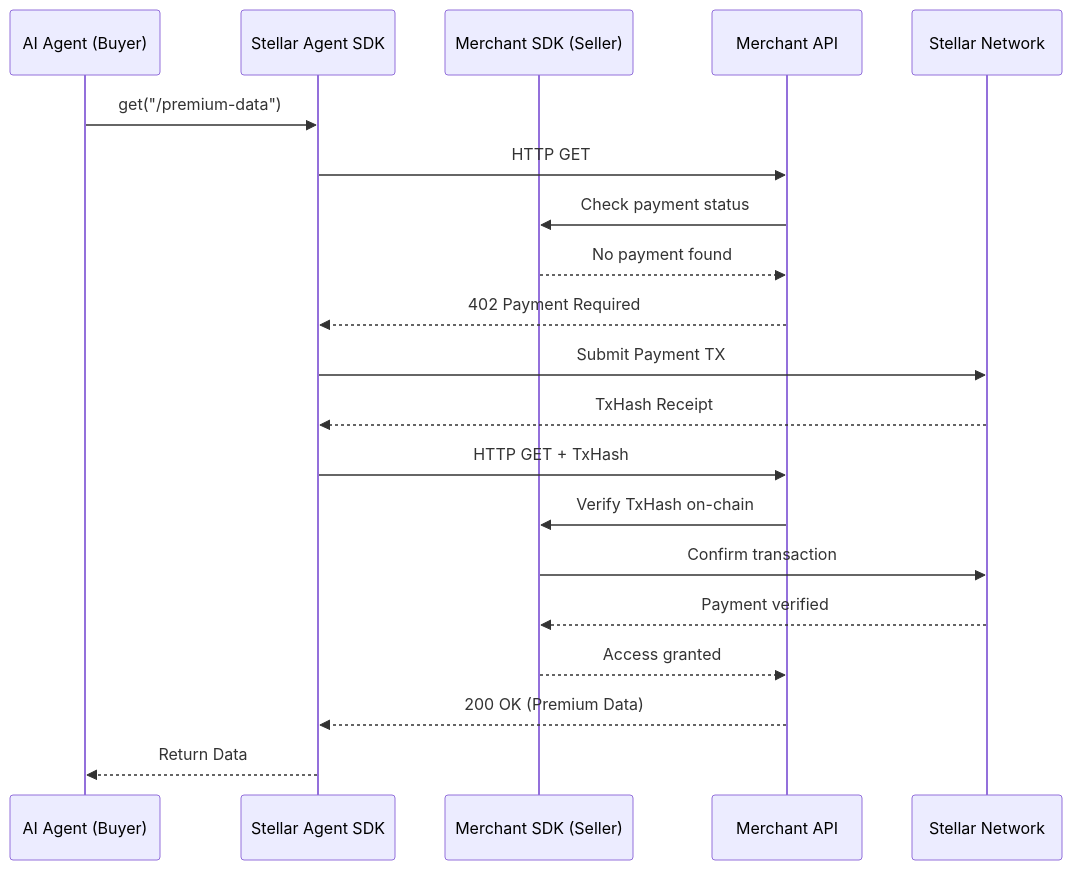
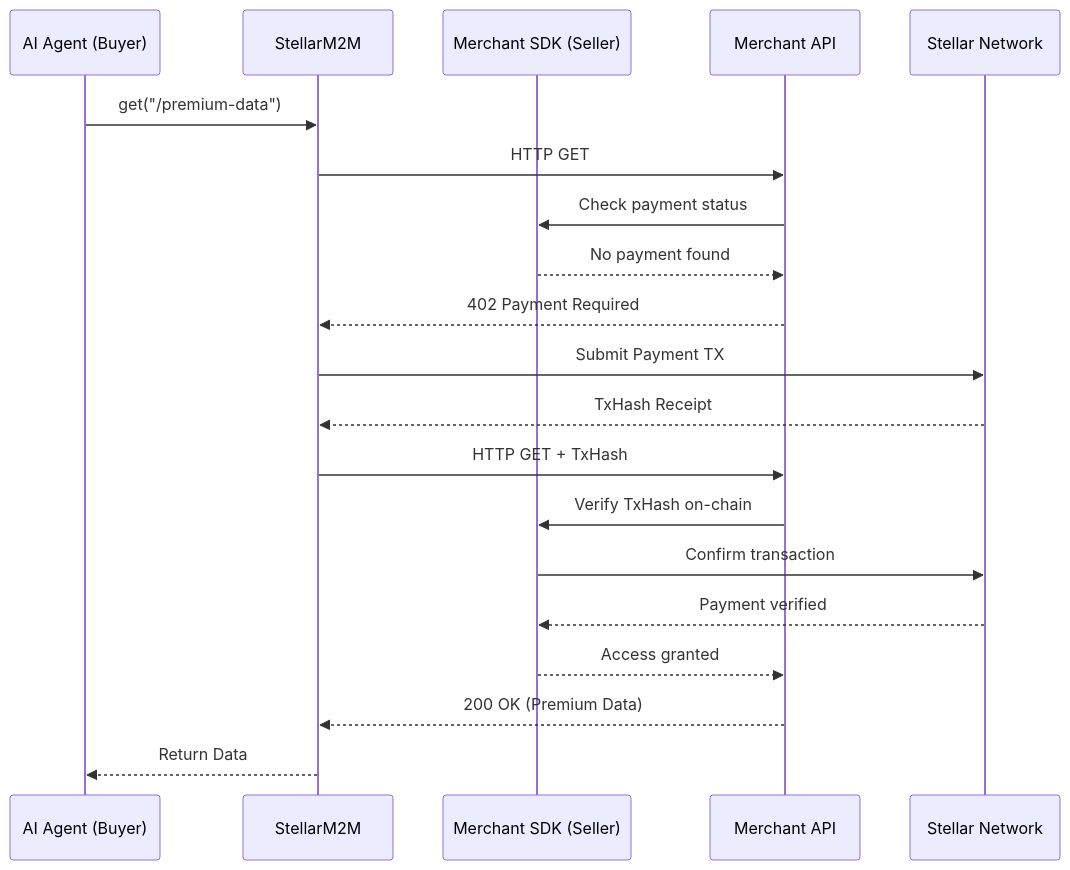
One commit to StellarAgentic/StellarM2M changed the third of 3 diagrams in README.md. Above: the diagram before and after it, drawn with Mermaid. The commit also changed other lines of this file and 50 other files, not shown here.

````diff
--- a/README.md
+++ b/README.md
@@ -169,25 +169,25 @@
 ```mermaid
 sequenceDiagram
     participant A as AI Agent (Buyer)
-    participant SDK as Stellar Agent SDK
+    participant SDK as StellarM2M
     participant MS as Merchant SDK (Seller)
     participant API as Merchant API
     participant S as Stellar Network
 
     A->>SDK: get("/premium-data")
     SDK->>API: HTTP GET
     API->>MS: Check payment status
     MS-->>API: No payment found
     API-->>SDK: 402 Payment Required
 
     SDK->>S: Submit Payment TX
     S-->>SDK: TxHash Receipt
 
     SDK->>API: HTTP GET + TxHash
     API->>MS: Verify TxHash on-chain
     MS->>S: Confirm transaction
     S-->>MS: Payment verified
     MS-->>API: Access granted
     API-->>SDK: 200 OK (Premium Data)
     SDK-->>A: Return Data
 ```
````
